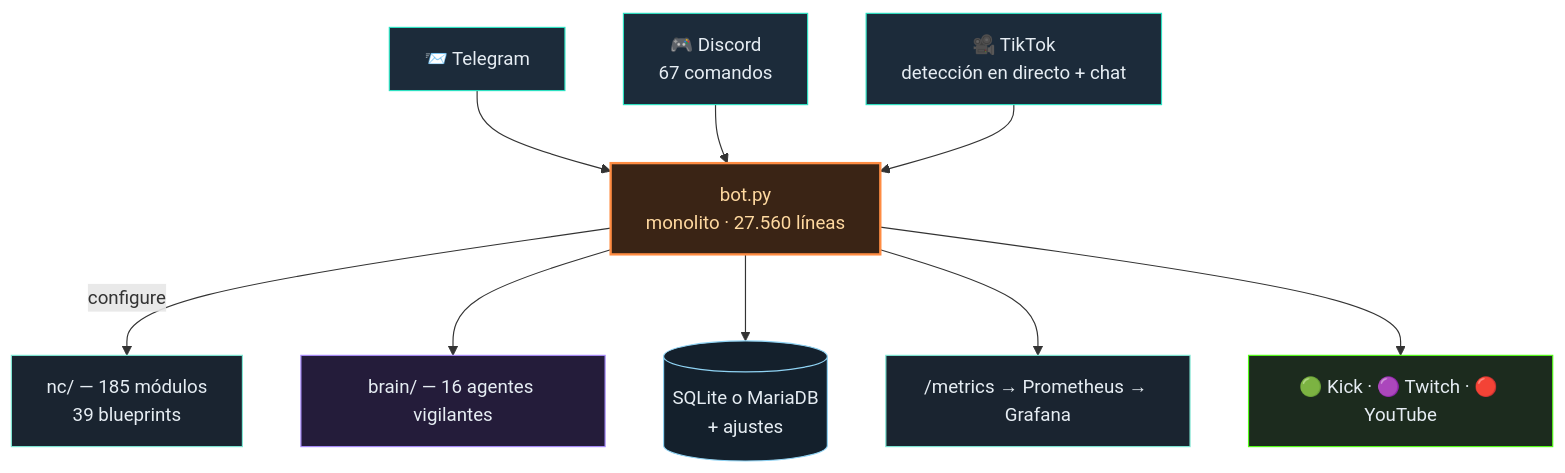
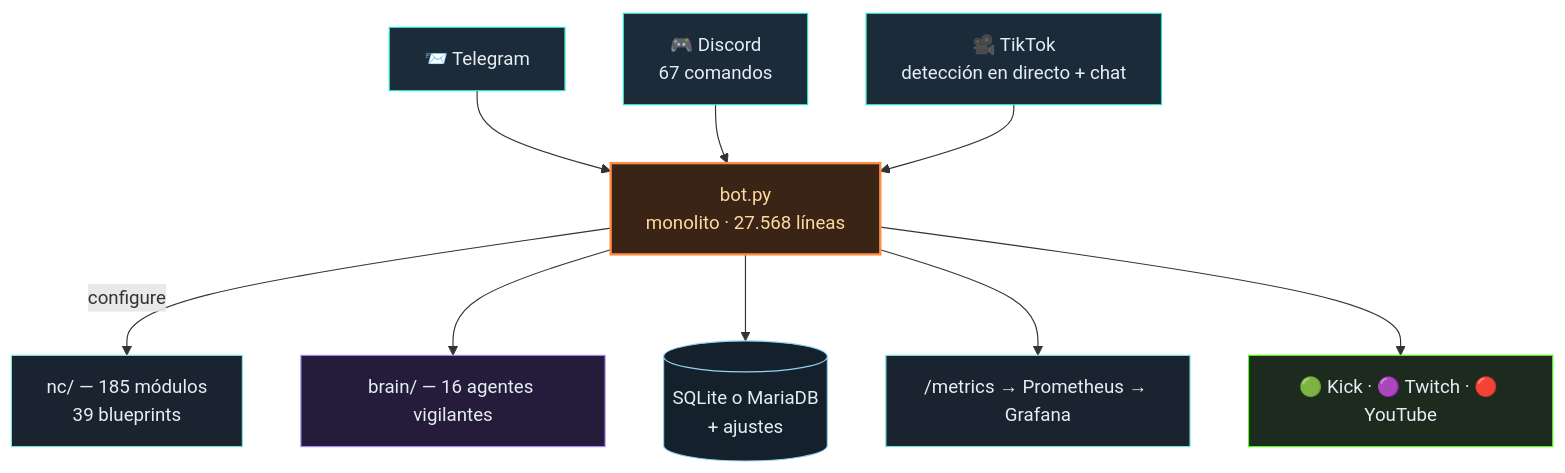
One commit to itsamemedev/Telegram-Stream-Info-Bot changed the diagram in README.es.md. Above: the diagram before and after it, drawn with Mermaid. The commit also changed 11 other files, not shown here.

````diff
--- a/README.es.md
+++ b/README.es.md
@@ -64,18 +64,18 @@
 ```mermaid
 flowchart TB
     TG["📨 Telegram"]:::ein --> BOT
     DC["🎮 Discord<br/>67 comandos"]:::ein --> BOT
     TT["🎥 TikTok<br/>detección en directo + chat"]:::ein --> BOT
-    BOT["bot.py<br/>monolito · 27.560 líneas"]:::core
+    BOT["bot.py<br/>monolito · 27.568 líneas"]:::core
     BOT -->|configure| NC["nc/ — 185 módulos<br/>39 blueprints"]:::lib
     BOT --> BRAIN["brain/ — 16 agentes vigilantes"]:::brain
     BOT --> DB[("SQLite o MariaDB<br/>+ ajustes")]:::db
     BOT --> PROM["/metrics → Prometheus → Grafana"]:::lib
     BOT --> OUT["🟢 Kick · 🟣 Twitch · 🔴 YouTube"]:::out
     classDef ein fill:#1c2b3a,stroke:#2de1c2,color:#e6edf3
     classDef core fill:#3a2415,stroke:#ff8c42,stroke-width:2px,color:#ffd9a0
     classDef lib fill:#1a2430,stroke:#7fe7d4,color:#e6edf3
     classDef brain fill:#241c3a,stroke:#a78bfa,color:#e6edf3
     classDef db fill:#14202c,stroke:#8fd3f4,color:#e6edf3
     classDef out fill:#1c2b1e,stroke:#53fc18,color:#e6edf3
 ```
````
